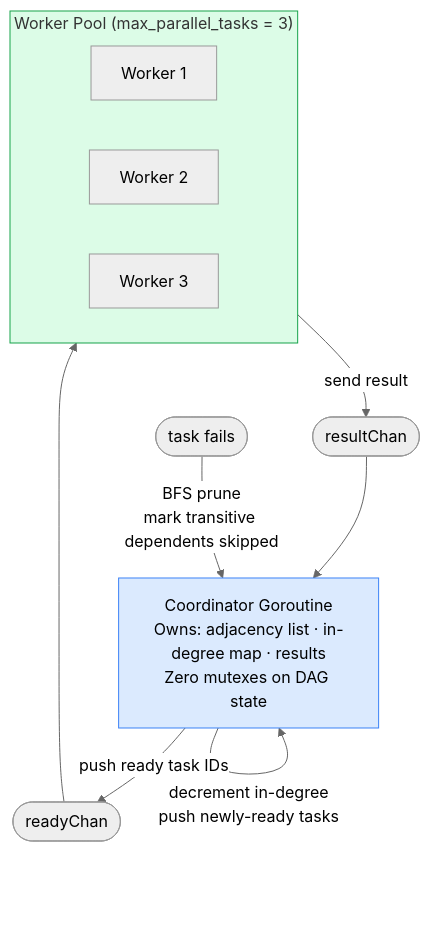
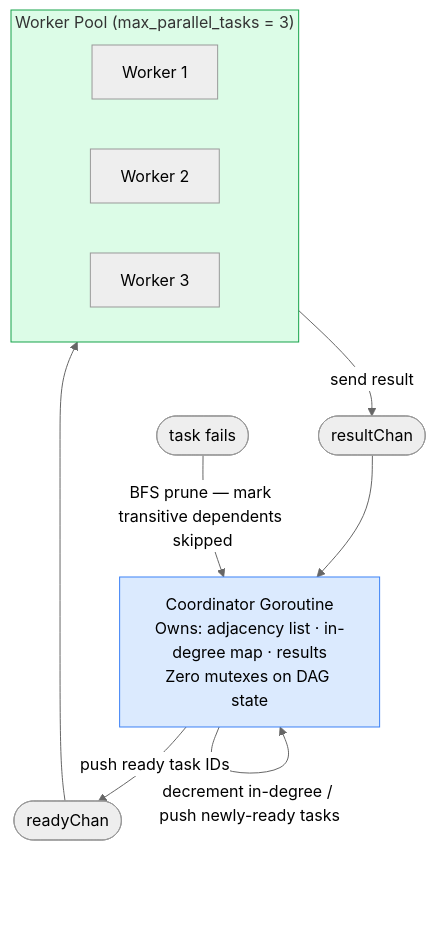
One commit to canhta/foreman changed the second of 2 diagrams in docs/architecture.md. Above: the diagram before and after it, drawn with Mermaid (neutral theme). The commit also changed other lines of this file and 10 other files, not shown here.

````diff
--- a/docs/architecture.md
+++ b/docs/architecture.md
@@ -242,21 +242,21 @@
 ```mermaid
 flowchart TD
-    COORD["Coordinator Goroutine\nOwns: adjacency list · in-degree map · results\nZero mutexes on DAG state"]
+    COORD["Coordinator Goroutine<br/>Owns: adjacency list · in-degree map · results<br/>Zero mutexes on DAG state"]
 
     subgraph workers["Worker Pool  (max_parallel_tasks = 3)"]
         W1["Worker 1"]
         W2["Worker 2"]
         W3["Worker 3"]
     end
 
     COORD -- "push ready task IDs" --> RC(["readyChan"])
     RC --> workers
     workers -- "send result" --> RS(["resultChan"])
     RS --> COORD
-    COORD -- "decrement in-degree\npush newly-ready tasks" --> COORD
+    COORD -- "decrement in-degree / push newly-ready tasks" --> COORD
 
-    FAIL(["task fails"]) -- "BFS prune\nmark transitive dependents skipped" --> COORD
+    FAIL(["task fails"]) -- "BFS prune — mark transitive dependents skipped" --> COORD
 
     style COORD fill:#dbeafe,stroke:#3b82f6
     style workers fill:#dcfce7,stroke:#16a34a
 ```
````
